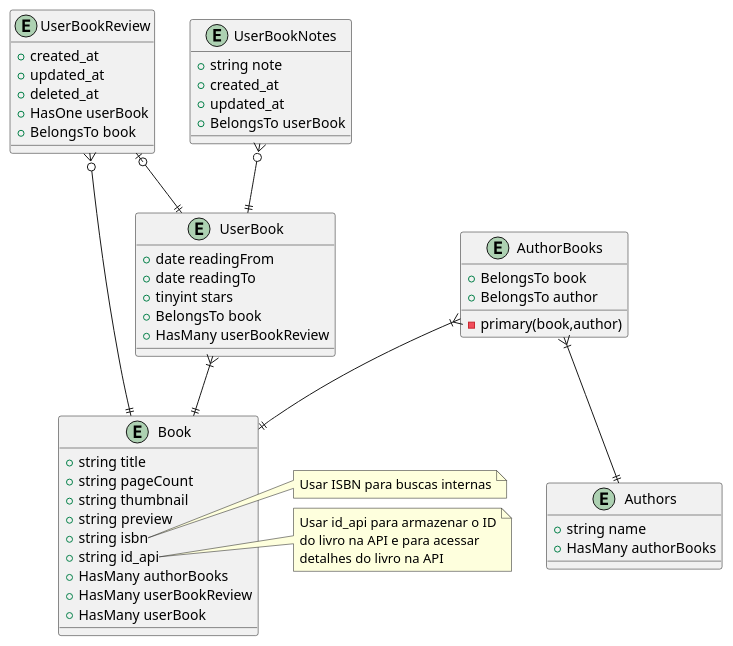
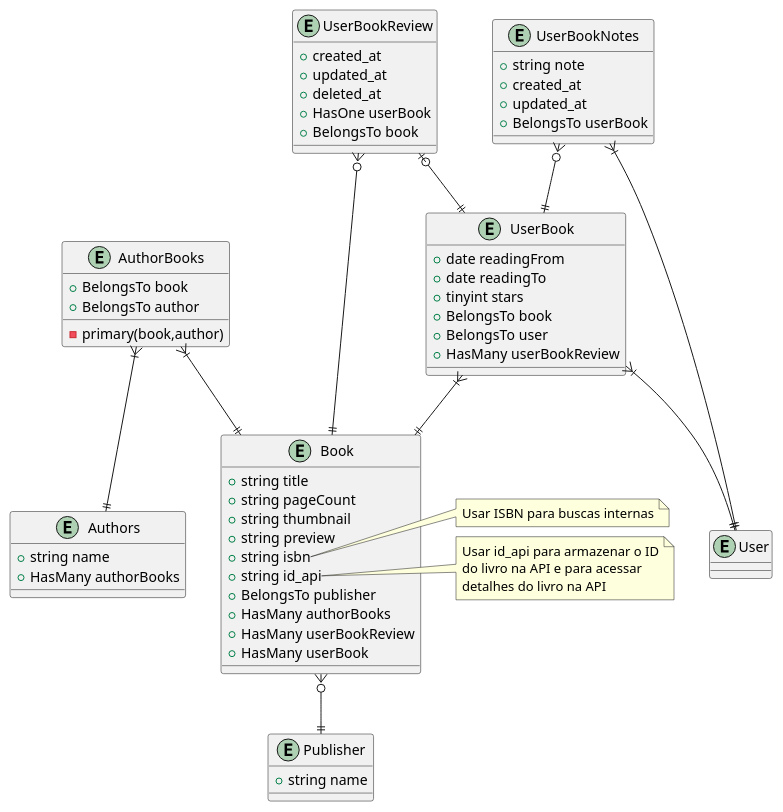
The diagram in docs/database relation.wsd (rstriquer/readers-club), drawn with PlantUML before and after one commit. The commit also changed 1 other file, not shown here.

Commit message:
Updating database relation diagram

```diff
--- a/docs/database relation.wsd
+++ b/docs/database relation.wsd
@@ -1,59 +1,68 @@
 @startuml Database Relation
 
 entity Authors {
     + string name
     + HasMany authorBooks
 }
 entity AuthorBooks {
     - primary(book,author)
     + BelongsTo book
     + BelongsTo author
 }
 entity Book {
     + string title
     + string pageCount
     + string thumbnail
     + string preview
     + string isbn
     + string id_api
+    + BelongsTo publisher
     + HasMany authorBooks
     + HasMany userBookReview
     + HasMany userBook
 }
 note right of Book::isbn
     Usar ISBN para buscas internas
 endnote
 note right of Book::id_api
     Usar id_api para armazenar o ID
     do livro na API e para acessar
     detalhes do livro na API
 endnote
+entity User {}
 entity UserBook {
     + date readingFrom
     + date readingTo
     + tinyint stars
     + BelongsTo book
+    + BelongsTo user
     + HasMany userBookReview
 }
 entity UserBookReview {
     + created_at
     + updated_at
     + deleted_at
     + HasOne userBook
     + BelongsTo book
 }
 entity UserBookNotes {
     + string note
     + created_at
     + updated_at
     + BelongsTo userBook
 }
+entity Publisher {
+    + string name
+}
 
 AuthorBooks }|--|| Authors
 AuthorBooks }|--|| Book
 UserBook }|--|| Book
+UserBook }|--|| User
+UserBookNotes }|--|| User
 UserBookReview |o--|| UserBook
 UserBookReview }o--|| Book
 UserBookNotes }o--|| UserBook
+Book }o--|| Publisher
 
 @enduml
```
